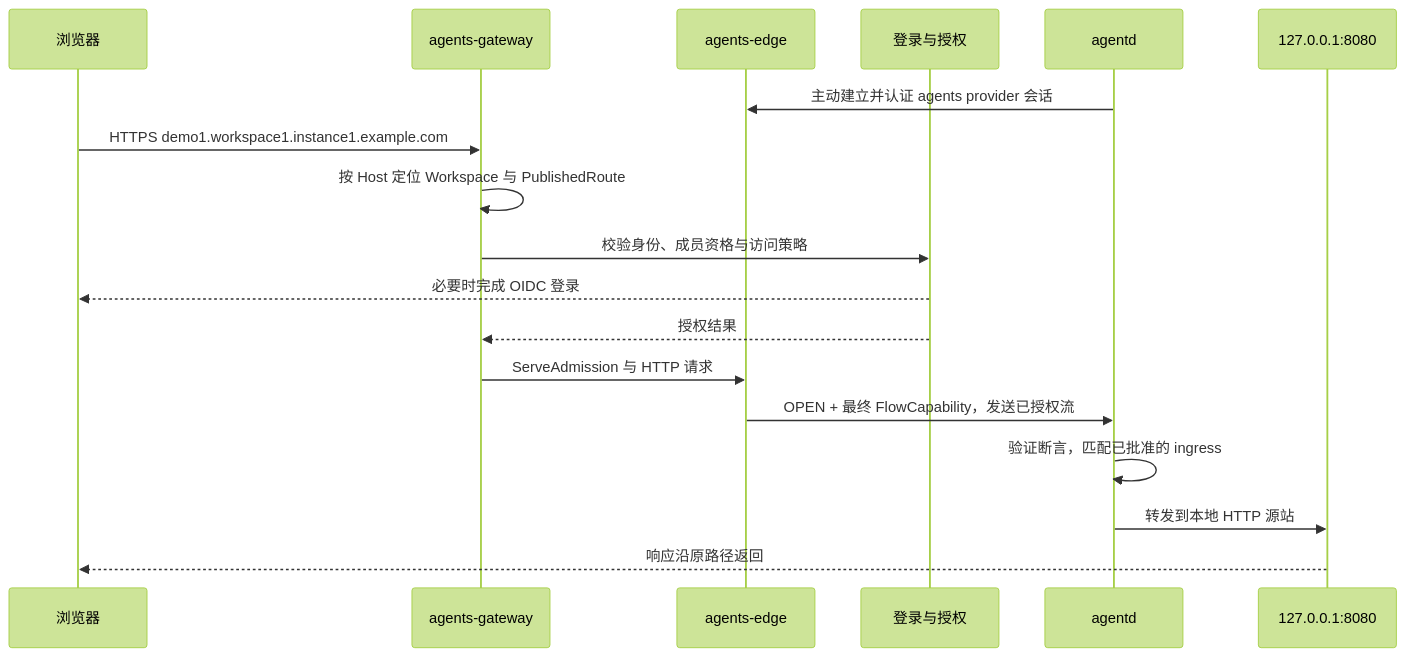
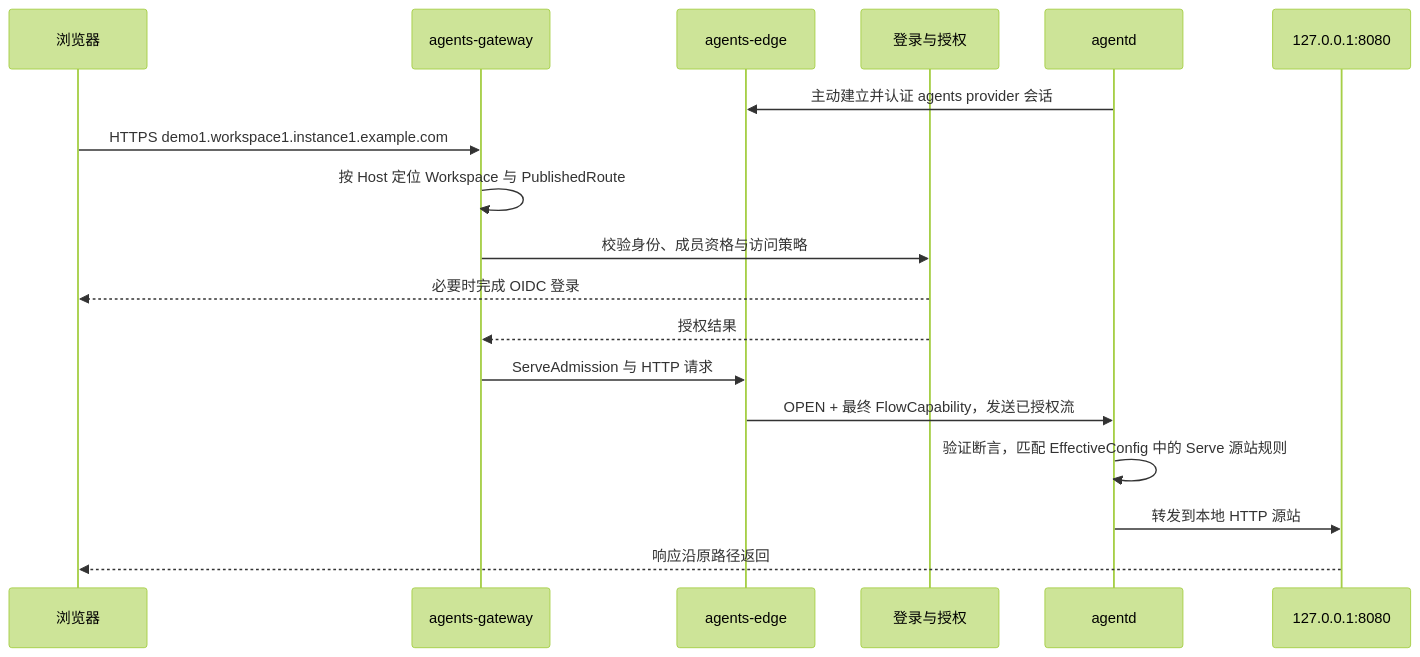
Before and after one commit to Bit-Precise/agentd: the third of 4 diagrams in docs/agents-agentd-architecture.md, drawn with Mermaid (forest theme). The commit also changed other lines of this file and 4 other files, not shown here.

````diff
--- a/docs/agents-agentd-architecture.md
+++ b/docs/agents-agentd-architecture.md
@@ -314,20 +317,20 @@
 ```mermaid
 sequenceDiagram
     participant B as 浏览器
     participant GW as agents-gateway
     participant E as agents-edge
     participant A as 登录与授权
     participant D as agentd
     participant O as 127.0.0.1:8080
     D->>E: 主动建立并认证 agents provider 会话
     B->>GW: HTTPS demo1.workspace1.instance1.example.com
     GW->>GW: 按 Host 定位 Workspace 与 PublishedRoute
     GW->>A: 校验身份、成员资格与访问策略
     A-->>B: 必要时完成 OIDC 登录
     A-->>GW: 授权结果
     GW->>E: ServeAdmission 与 HTTP 请求
     E->>D: OPEN + 最终 FlowCapability，发送已授权流
-    D->>D: 验证断言，匹配已批准的 ingress
+    D->>D: 验证断言，匹配 EffectiveConfig 中的 Serve 源站规则
     D->>O: 转发到本地 HTTP 源站
     O-->>B: 响应沿原路径返回
 ```
````
